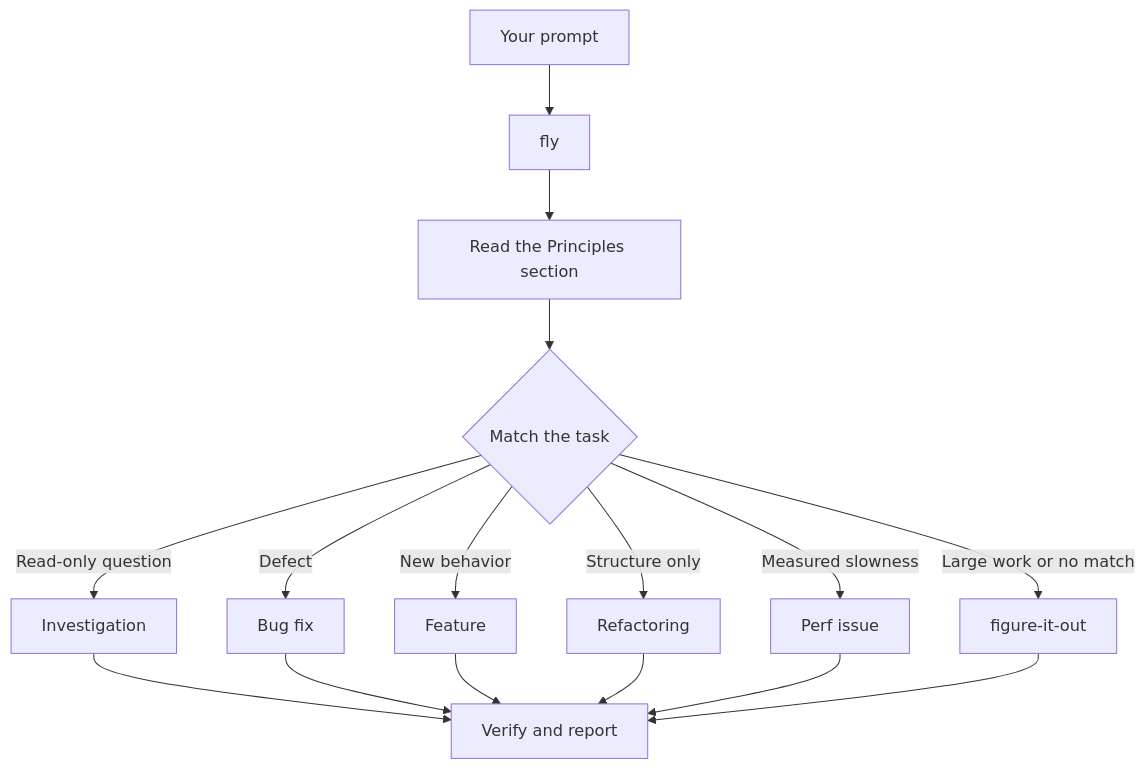
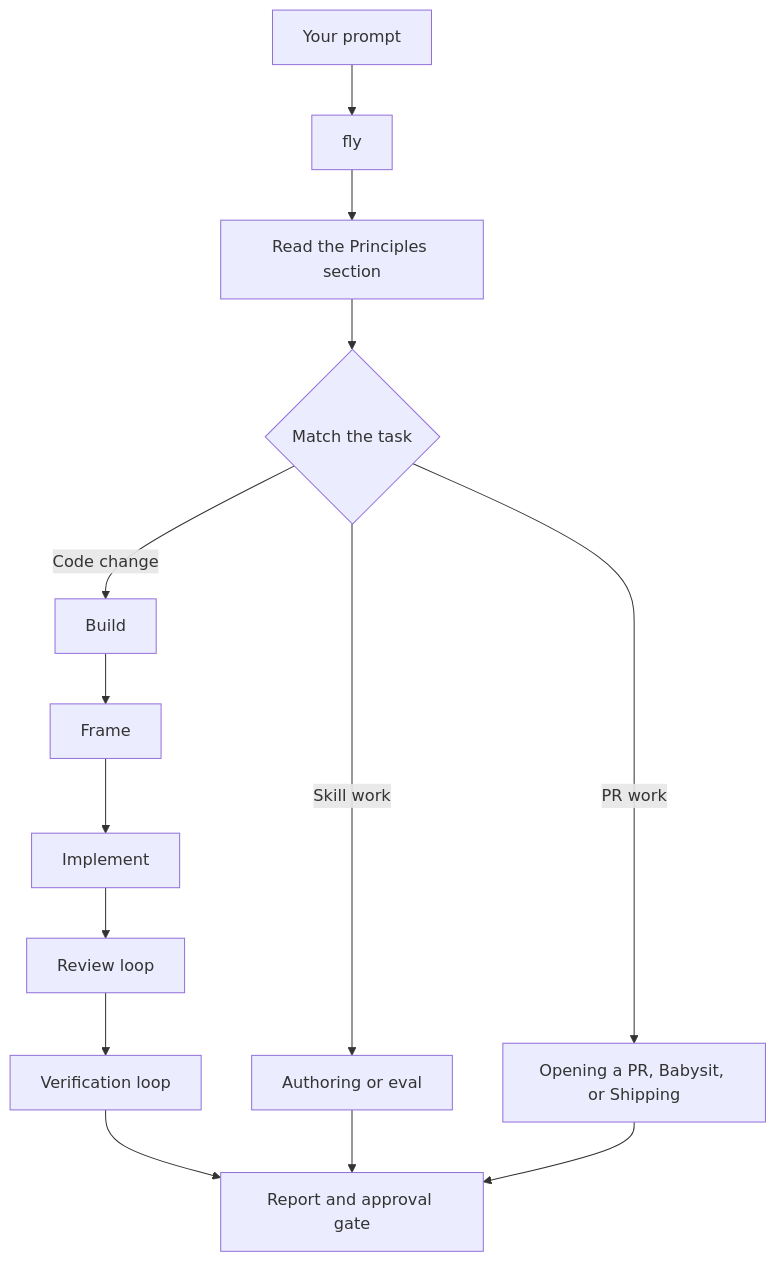
One commit to flybyflo/fly changed the diagram in docs/guide/02-fly.md. Above: the diagram before and after it, drawn with Mermaid. The commit also changed other lines of this file and 67 other files, not shown here.

First line of the commit message:
Consolidate fly code work into a single Build playbook

````diff
--- a/docs/guide/02-fly.md
+++ b/docs/guide/02-fly.md
@@ -7,18 +7,16 @@
 ```mermaid
 flowchart TD
     A[Your prompt] --> B[fly]
     B --> C[Read the Principles section]
     C --> D{Match the task}
-    D -->|Read-only question| E[Investigation]
-    D -->|Defect| F[Bug fix]
-    D -->|New behavior| G[Feature]
-    D -->|Structure only| H[Refactoring]
-    D -->|Measured slowness| I[Perf issue]
-    D -->|Large work or no match| J[figure-it-out]
-    E --> K[Verify and report]
-    F --> K
-    G --> K
-    H --> K
-    I --> K
-    J --> K
+    D -->|Code change| E[Build]
+    E --> F[Frame]
+    F --> G[Implement]
+    G --> H[Review loop]
+    H --> I[Verification loop]
+    I --> J[Report and approval gate]
+    D -->|Skill work| K[Authoring or eval]
+    D -->|PR work| L[Opening a PR, Babysit, or Shipping]
+    K --> J
+    L --> J
 ```
````
